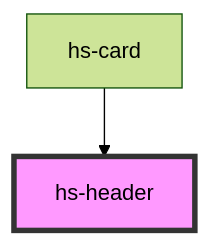
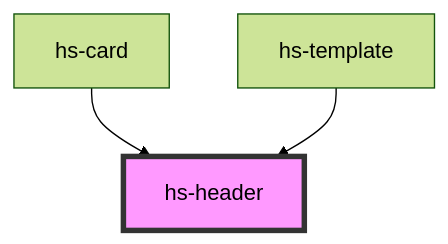
One commit to FrahOrru/design-system-fender changed the diagram in src/components/hs-header/readme.md. Above: the diagram before and after it, drawn with Mermaid (forest theme). The commit also changed other lines of this file and 17 other files, not shown here.

````diff
--- a/src/components/hs-header/readme.md
+++ b/src/components/hs-header/readme.md
@@ -33,5 +34,6 @@
 ```mermaid
 graph TD;
   hs-card --> hs-header
+  hs-template --> hs-header
   style hs-header fill:#f9f,stroke:#333,stroke-width:4px
 ```
````
